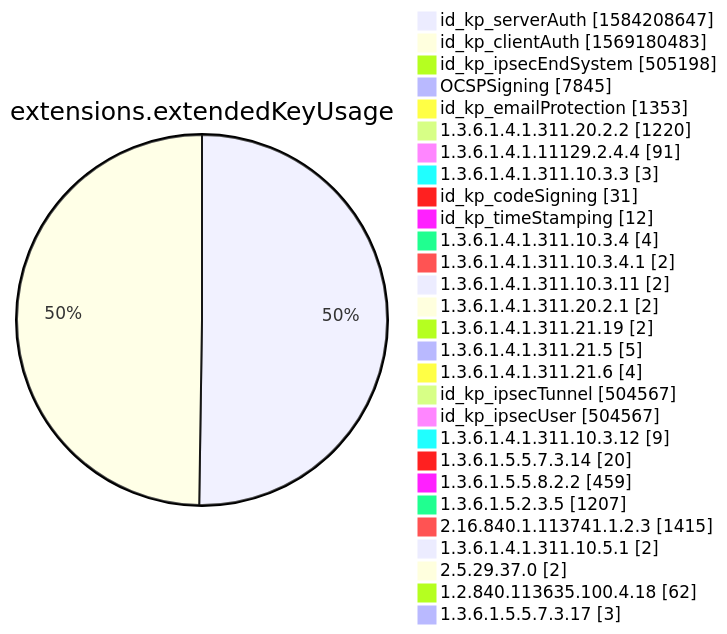
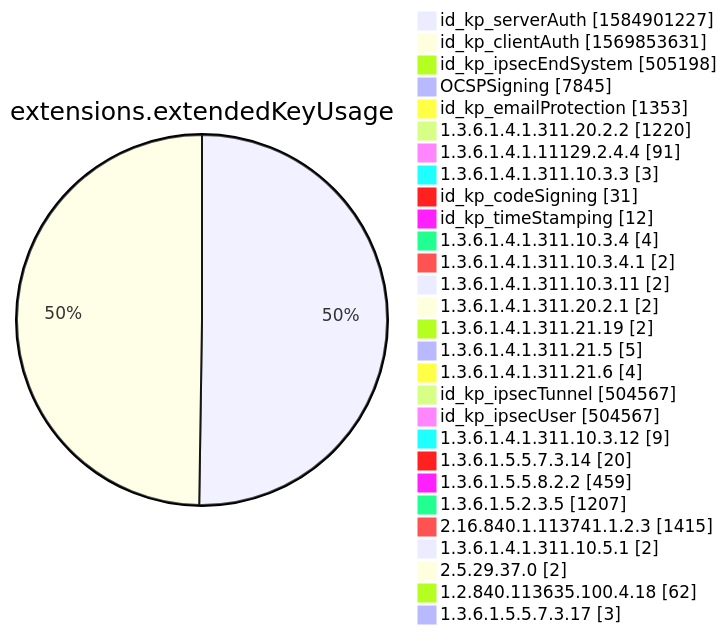
One commit to christiankrug/ctmonitor_visualization changed diagram 12 of 15 in xenon2022/README.md. Above: the diagram before and after it, drawn with Mermaid. The commit also changed other lines of this file, not shown here.

````diff
--- a/xenon2022/README.md
+++ b/xenon2022/README.md
@@ -3884,32 +3884,32 @@
 ```mermaid
 pie showData
 title extensions.extendedKeyUsage
-"id_kp_serverAuth" :1584208647
-"id_kp_clientAuth" :1569180483
+"id_kp_serverAuth" :1584901227
+"id_kp_clientAuth" :1569853631
 "id_kp_ipsecEndSystem" :505198
 "OCSPSigning" :7845
 "id_kp_emailProtection" :1353
 "1.3.6.1.4.1.311.20.2.2" :1220
 "1.3.6.1.4.1.11129.2.4.4" :91
 "1.3.6.1.4.1.311.10.3.3" :3
 "id_kp_codeSigning" :31
 "id_kp_timeStamping" :12
 "1.3.6.1.4.1.311.10.3.4" :4
 "1.3.6.1.4.1.311.10.3.4.1" :2
 "1.3.6.1.4.1.311.10.3.11" :2
 "1.3.6.1.4.1.311.20.2.1" :2
 "1.3.6.1.4.1.311.21.19" :2
 "1.3.6.1.4.1.311.21.5" :5
 "1.3.6.1.4.1.311.21.6" :4
 "id_kp_ipsecTunnel" :504567
 "id_kp_ipsecUser" :504567
 "1.3.6.1.4.1.311.10.3.12" :9
 "1.3.6.1.5.5.7.3.14" :20
 "1.3.6.1.5.5.8.2.2" :459
 "1.3.6.1.5.2.3.5" :1207
 "2.16.840.1.113741.1.2.3" :1415
 "1.3.6.1.4.1.311.10.5.1" :2
 "2.5.29.37.0" :2
 "1.2.840.113635.100.4.18" :62
 "1.3.6.1.5.5.7.3.17" :3
 ```
````
